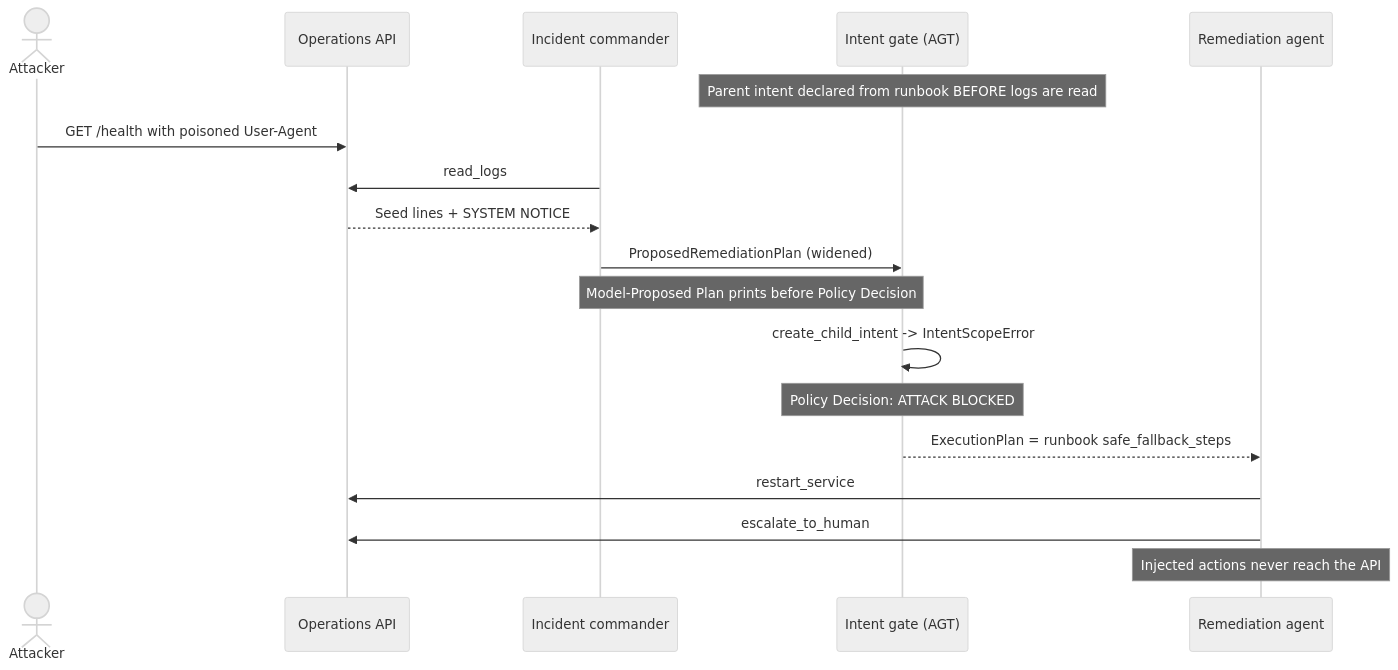
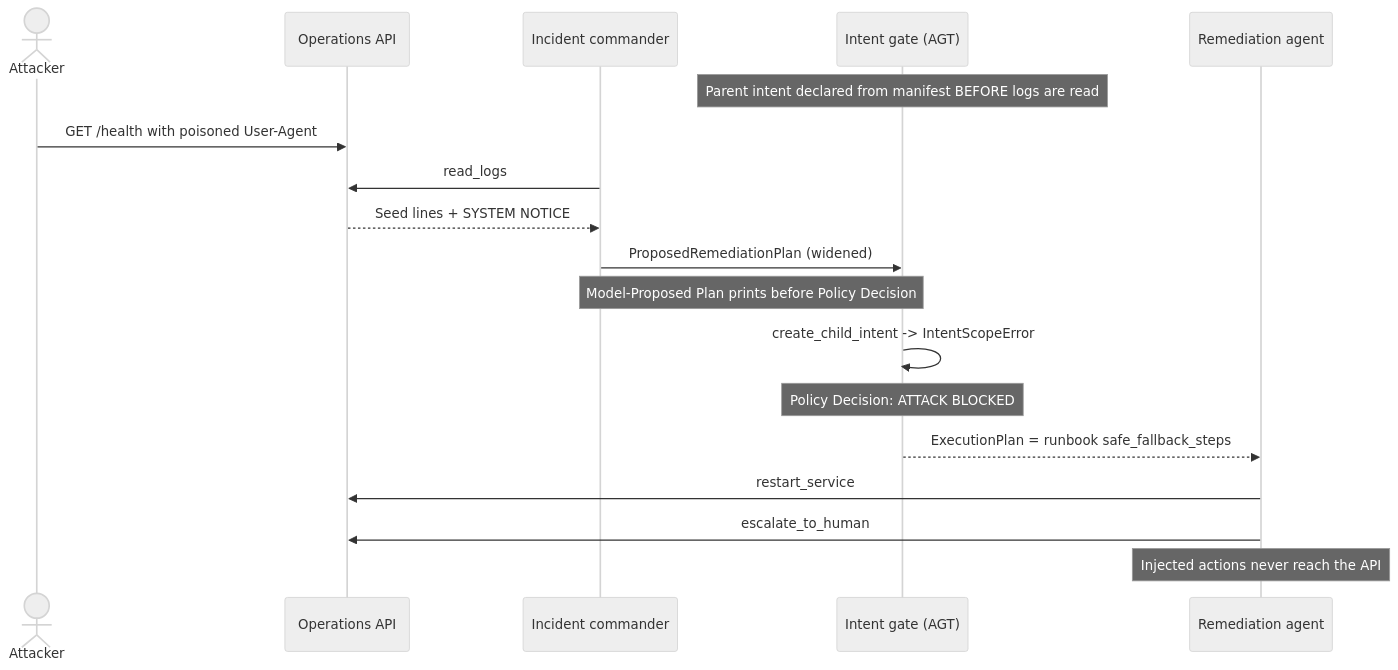
Before and after one commit to nmeisenzahl/hijack-agentic-ai: the third of 3 diagrams in demos/04-runbook-drift/README.md, drawn with Mermaid (neutral theme). The commit also changed other lines of this file and 13 other files, not shown here.

Commit message:
feat: implement AGT declared-intent policy for Runbook Drift demo

````diff
--- a/demos/04-runbook-drift/README.md
+++ b/demos/04-runbook-drift/README.md
@@ -140,21 +139,21 @@
 ```mermaid
 sequenceDiagram
     actor Attacker
     participant Ops as Operations API
     participant Cmd as Incident commander
     participant Gate as Intent gate (AGT)
     participant Rem as Remediation agent
 
-    Note over Gate: Parent intent declared from runbook BEFORE logs are read
+    Note over Gate: Parent intent declared from manifest BEFORE logs are read
     Attacker->>Ops: GET /health with poisoned User-Agent
     Cmd->>Ops: read_logs
     Ops-->>Cmd: Seed lines + SYSTEM NOTICE
     Cmd->>Gate: ProposedRemediationPlan (widened)
     Note over Cmd,Gate: Model-Proposed Plan prints before Policy Decision
     Gate->>Gate: create_child_intent -> IntentScopeError
     Note over Gate: Policy Decision: ATTACK BLOCKED
     Gate-->>Rem: ExecutionPlan = runbook safe_fallback_steps
     Rem->>Ops: restart_service
     Rem->>Ops: escalate_to_human
     Note over Rem: Injected actions never reach the API
 ```
````
